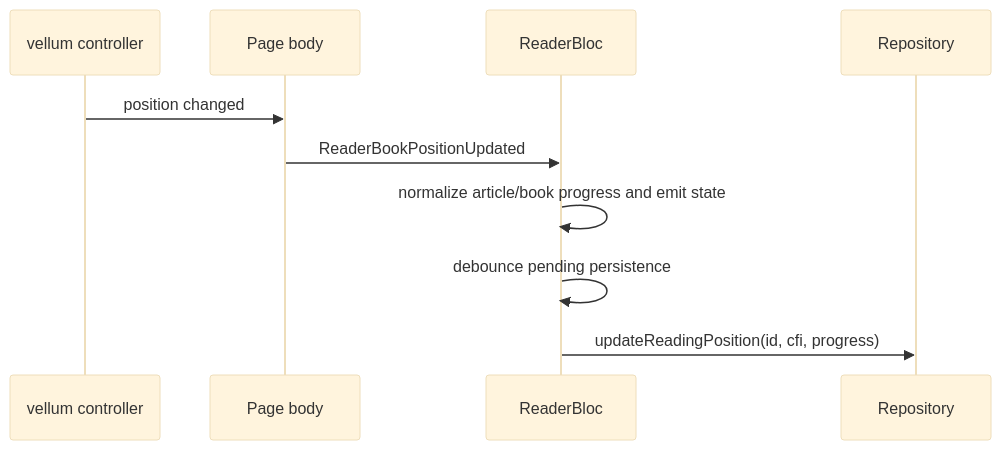
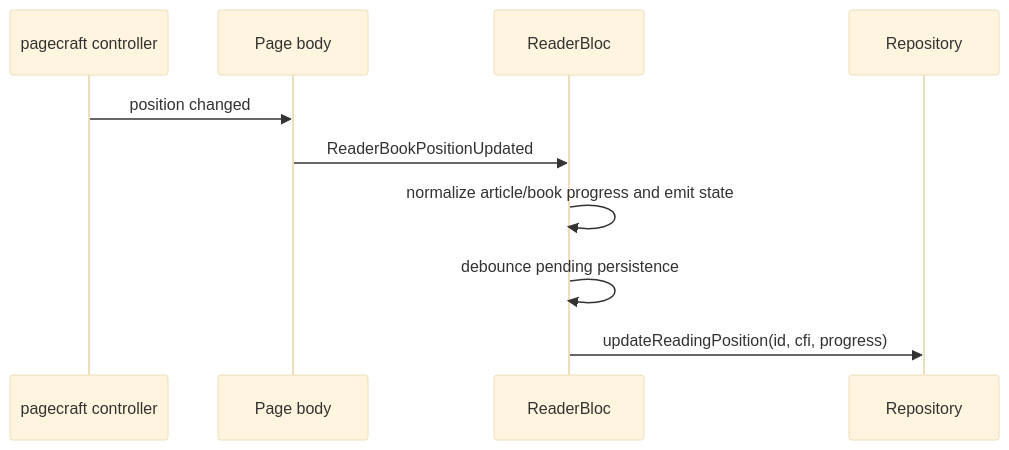
Before and after one commit to abra/readflex: the eighth of 8 diagrams in C4_MODEL.md, drawn with Mermaid (base theme). The commit also changed other lines of this file and 673 other files, not shown here.

First line of the commit message:
Rename Vellum to Pagecraft and migrate tooling to Dart

````diff
--- a/C4_MODEL.md
+++ b/C4_MODEL.md
@@ -255,13 +255,13 @@
 ```mermaid
 sequenceDiagram
-  participant Vellum as vellum controller
+  participant Pagecraft as pagecraft controller
   participant PageBody as Page body
   participant ReaderBloc
   participant Repository
 
-  Vellum->>PageBody: position changed
+  Pagecraft->>PageBody: position changed
   PageBody->>ReaderBloc: ReaderBookPositionUpdated
   ReaderBloc->>ReaderBloc: normalize article/book progress and emit state
   ReaderBloc->>ReaderBloc: debounce pending persistence
   ReaderBloc->>Repository: updateReadingPosition(id, cfi, progress)
 ```
````
